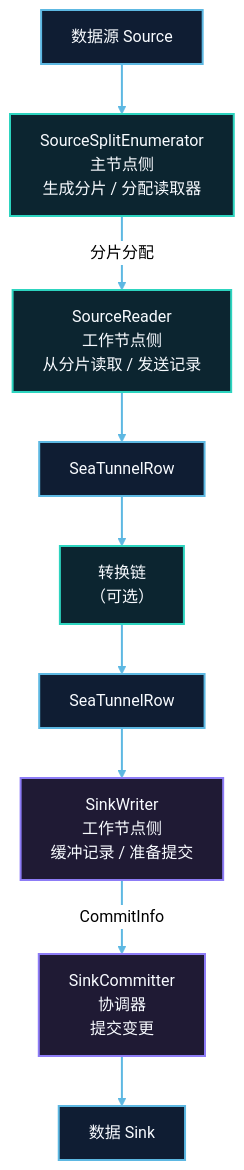
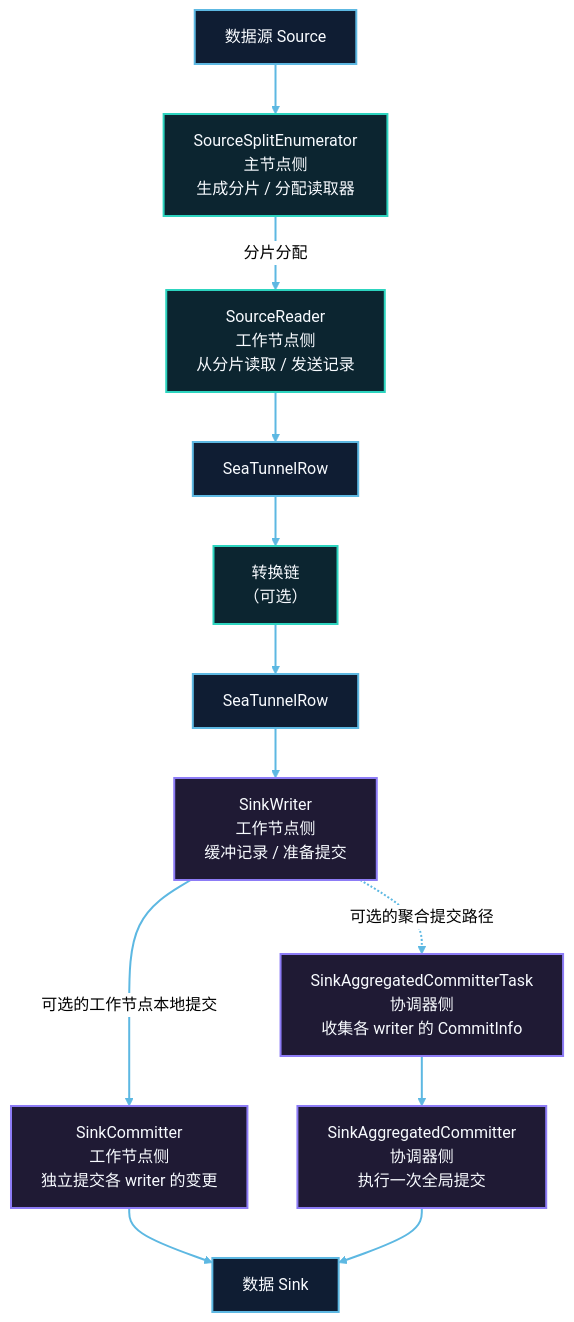
One commit to apache/seatunnel changed the third of 7 diagrams in docs/zh/architecture/overview.md. Above: the diagram before and after it, drawn with Mermaid (neutral theme). The commit also changed other lines of this file and 1 other file, not shown here.

Commit message:
[Docs] Align overview diagrams with runtime semantics

````diff
--- a/docs/zh/architecture/overview.md
+++ b/docs/zh/architecture/overview.md
@@ -163,20 +163,23 @@
 ```mermaid
 flowchart TD
     source["数据源 Source"] --> enumerator["SourceSplitEnumerator<br/>主节点侧<br/>生成分片 / 分配读取器"]
     enumerator -->|分片分配| reader["SourceReader<br/>工作节点侧<br/>从分片读取 / 发送记录"]
     reader --> rowIn["SeaTunnelRow"]
     rowIn --> transform["转换链<br/>（可选）"]
     transform --> rowOut["SeaTunnelRow"]
     rowOut --> writer["SinkWriter<br/>工作节点侧<br/>缓冲记录 / 准备提交"]
-    writer -->|CommitInfo| committer["SinkCommitter<br/>协调器<br/>提交变更"]
+    writer -->|"可选的工作节点本地提交"| committer["SinkCommitter<br/>工作节点侧<br/>独立提交各 writer 的变更"]
+    writer -. "可选的聚合提交路径" .-> aggregatedTask["SinkAggregatedCommitterTask<br/>协调器侧<br/>收集各 writer 的 CommitInfo"]
+    aggregatedTask --> aggregated["SinkAggregatedCommitter<br/>协调器侧<br/>执行一次全局提交"]
     committer --> sink["数据 Sink"]
+    aggregated --> sink
 
     classDef layerBlue fill:#0f1d33,stroke:#5db8e2,stroke-width:2px,color:#f8fbff;
     classDef layerCyan fill:#0c2530,stroke:#2dd4bf,stroke-width:2px,color:#f8fbff;
     classDef layerPurple fill:#1f1a34,stroke:#8d7cf6,stroke-width:2px,color:#f8fbff;
 
     class source,sink,rowIn,rowOut layerBlue;
     class enumerator,reader,transform layerCyan;
-    class writer,committer layerPurple;
+    class writer,committer,aggregatedTask,aggregated layerPurple;
     linkStyle default stroke:#5db8e2,stroke-width:2px;
 ```
````
